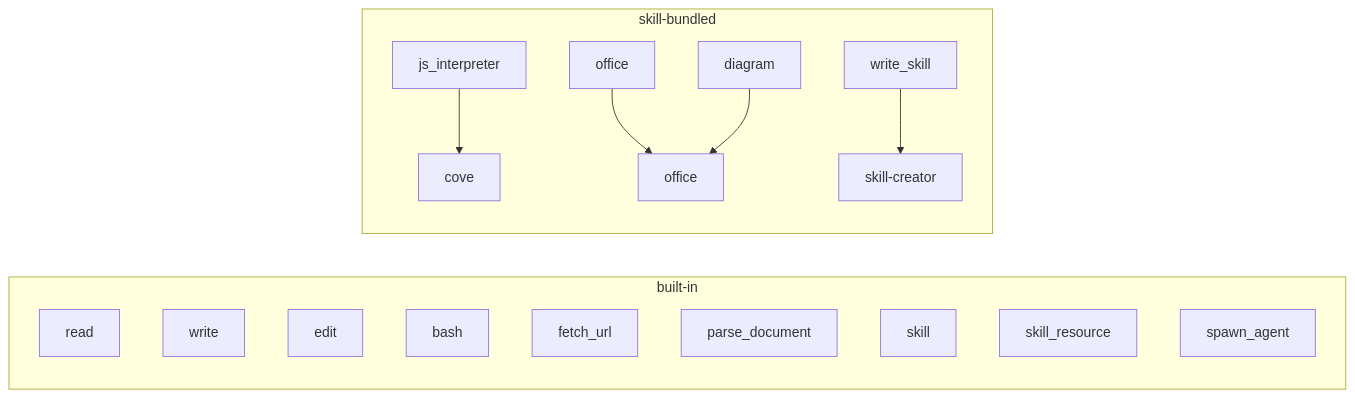
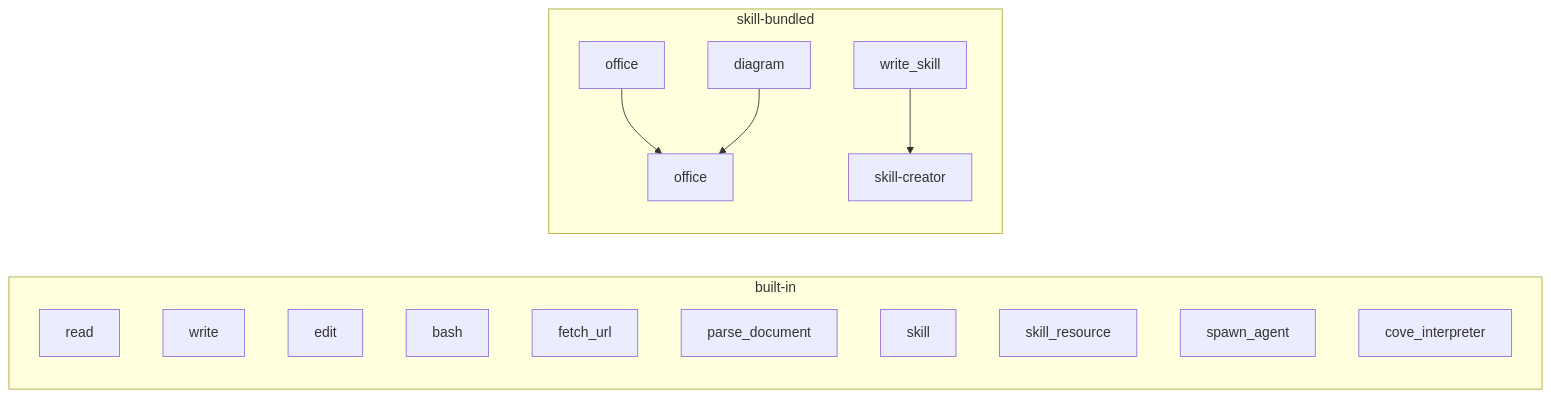
The first of 2 diagrams in docs/agent-tool-skill-architecture.md (skyeanything/cove), drawn with Mermaid before and after one commit. The commit also changed other lines of this file and 10 other files, not shown here.

First line of the commit message:
refactor: rename cove skill to cove-core and js_interpreter to cove_interpreter (#181)

````diff
--- a/docs/agent-tool-skill-architecture.md
+++ b/docs/agent-tool-skill-architecture.md
@@ -14,16 +14,15 @@
 ```mermaid
 graph LR
     subgraph built-in
         read & write & edit & bash
         fetch_url & parse_document
         skill & skill_resource
-        spawn_agent
+        spawn_agent & cove_interpreter
     end
 
     subgraph skill-bundled
-        js_interpreter --> cove
         office --> office_skill[office]
         diagram --> office_skill
         write_skill --> skill-creator
     end
 ```
````
